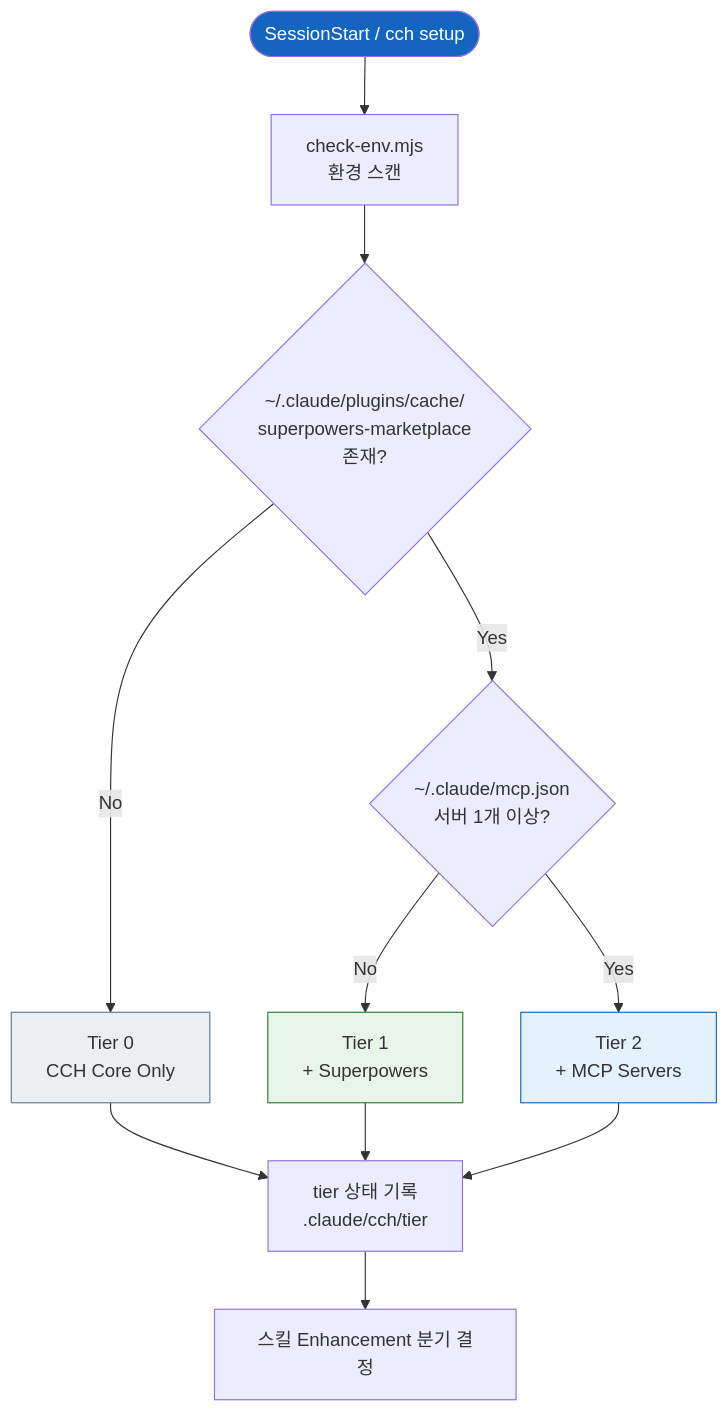
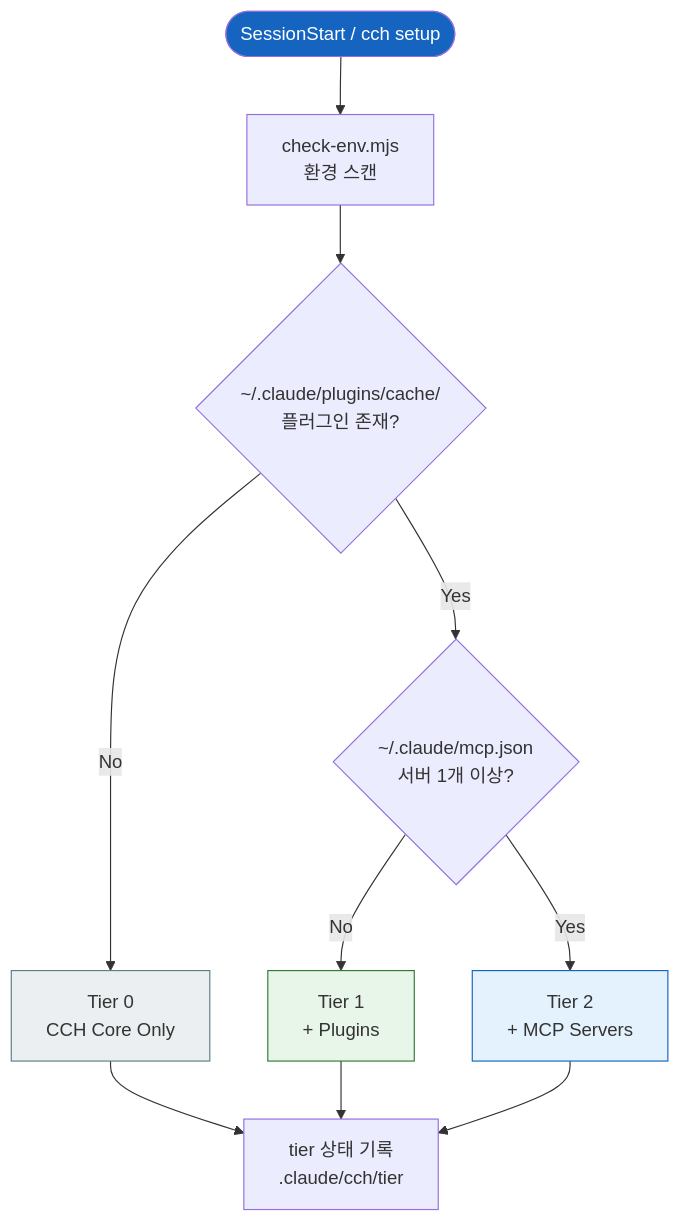
One commit to skdkfk8758/claude-code-harness changed the third of 17 diagrams in docs/diagrams/cch-workflows.md. Above: the diagram before and after it, drawn with Mermaid. The commit also changed other lines of this file and 1 other file, not shown here.

First line of the commit message:
docs: update workflow diagrams for v3, archive plugin reference

````diff
--- a/docs/diagrams/cch-workflows.md
+++ b/docs/diagrams/cch-workflows.md
@@ -156,21 +156,19 @@
 ```mermaid
 flowchart TD
     START(["SessionStart / cch setup"]) --> SCAN["check-env.mjs<br/>환경 스캔"]
 
-    SCAN --> CHK_SP{"~/.claude/plugins/cache/<br/>superpowers-marketplace<br/>존재?"}
-    CHK_SP -->|No| TIER0["Tier 0<br/>CCH Core Only"]
-    CHK_SP -->|Yes| CHK_MCP{"~/.claude/mcp.json<br/>서버 1개 이상?"}
-    CHK_MCP -->|No| TIER1["Tier 1<br/>+ Superpowers"]
+    SCAN --> CHK_PLUGIN{"~/.claude/plugins/cache/<br/>플러그인 존재?"}
+    CHK_PLUGIN -->|No| TIER0["Tier 0<br/>CCH Core Only"]
+    CHK_PLUGIN -->|Yes| CHK_MCP{"~/.claude/mcp.json<br/>서버 1개 이상?"}
+    CHK_MCP -->|No| TIER1["Tier 1<br/>+ Plugins"]
     CHK_MCP -->|Yes| TIER2["Tier 2<br/>+ MCP Servers"]
 
     TIER0 --> WRITE["tier 상태 기록<br/>.claude/cch/tier"]
     TIER1 --> WRITE
     TIER2 --> WRITE
 
-    WRITE --> EFFECT["스킬 Enhancement 분기 결정"]
-
     style START fill:#1565C0,color:white
     style TIER0 fill:#ECEFF1,stroke:#607D8B
     style TIER1 fill:#E8F5E9,stroke:#2E7D32
     style TIER2 fill:#E3F2FD,stroke:#1565C0
 ```
````
